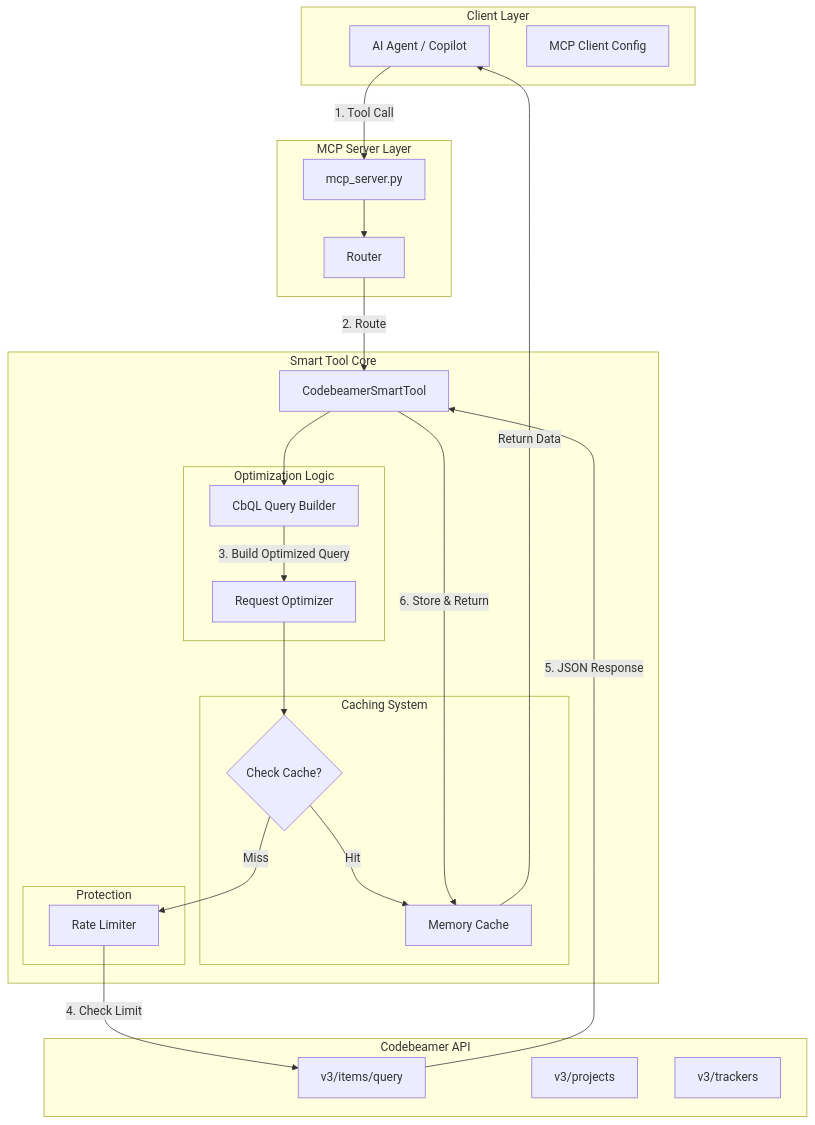
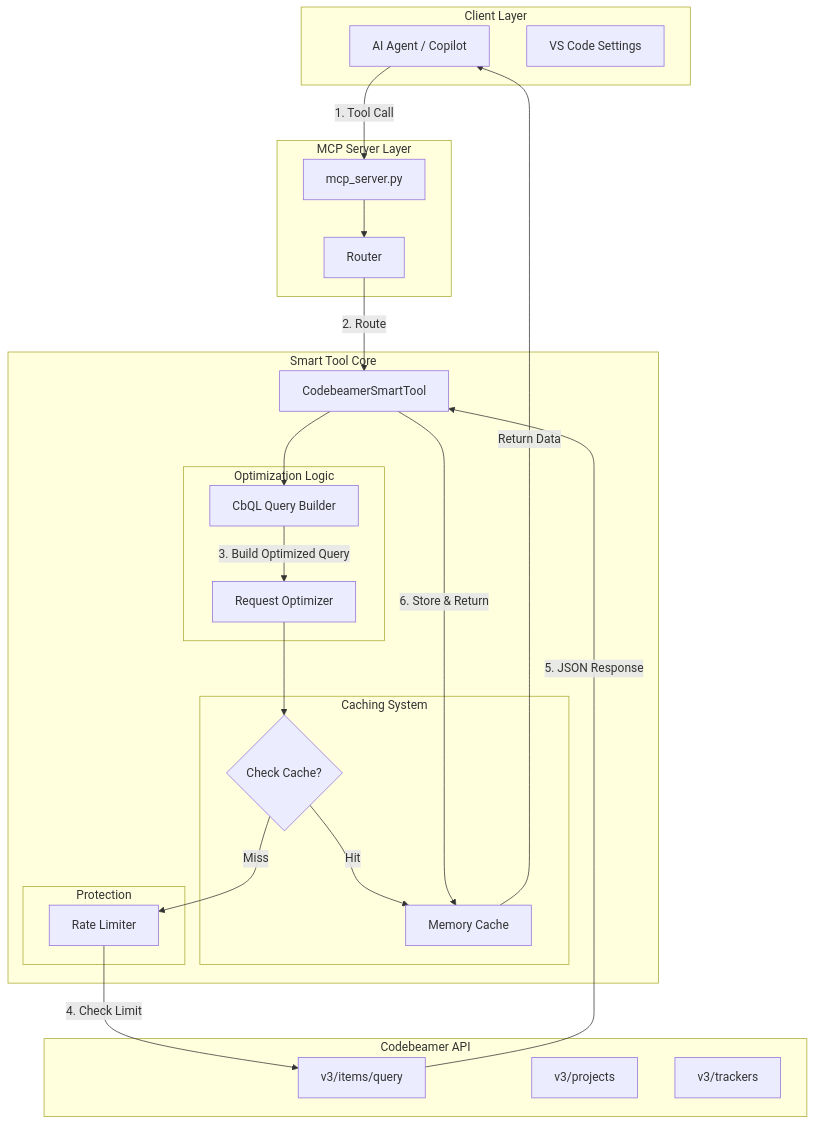
Before and after one commit to varunjain-byte/codebeamer-OPT-MCP: the diagram in README.md, drawn with Mermaid. The commit also changed other lines of this file and 4 other files, not shown here.

````diff
--- a/README.md
+++ b/README.md
@@ -123,50 +123,50 @@
 ```mermaid
 graph TD
     subgraph Client ["Client Layer"]
         A[AI Agent / Copilot]
-        B[MCP Client Config]
+        B[VS Code Settings]
     end
 
     subgraph Server ["MCP Server Layer"]
         C[mcp_server.py]
         D[Router]
     end
 
     subgraph Core ["Smart Tool Core"]
         E[CodebeamerSmartTool]
         
         subgraph Logic ["Optimization Logic"]
             F[CbQL Query Builder]
             G[Request Optimizer]
         end
         
         subgraph Cache ["Caching System"]
             H{Check Cache?}
             I[Memory Cache]
         end
         
         subgraph Guard ["Protection"]
             J[Rate Limiter]
         end
     end
 
     subgraph External ["Codebeamer API"]
         K[v3/items/query]
         L[v3/projects]
         M[v3/trackers]
     end
 
     %% Flow
     A -->|"1. Tool Call"| C
     C --> D
     D -->|"2. Route"| E
     E --> F
     F -->|"3. Build Optimized Query"| G
     G --> H
     H --"Hit"--> I
     I --"Return Data"--> A
     H --"Miss"--> J
     J -->|"4. Check Limit"| K
     K -->|"5. JSON Response"| E
     E -->|"6. Store & Return"| I
 ```
````
